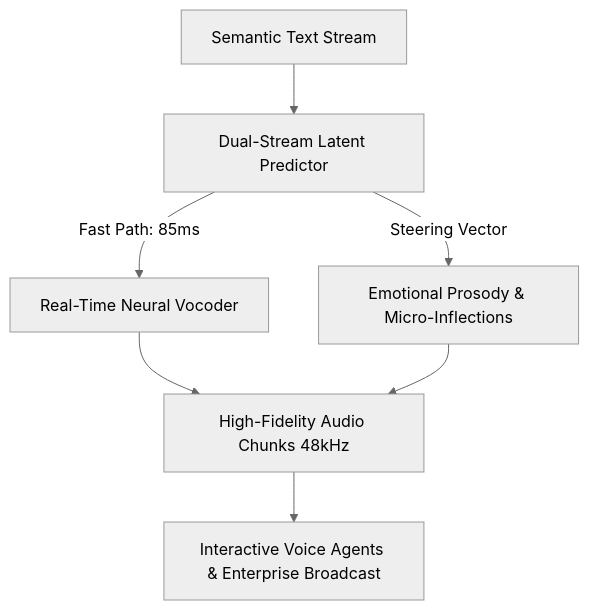
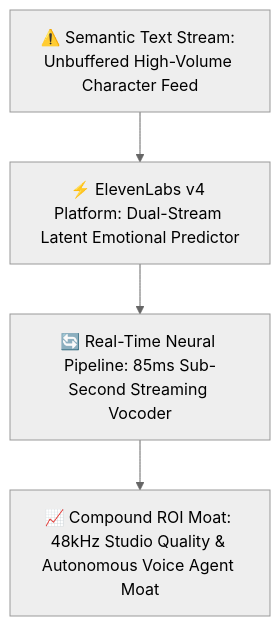
One commit to heliatech-media/saas-radar changed the diagram in site/src/content/blog/eleven-v4-voice-ai-benchmark.md. Above: the diagram before and after it, drawn with Mermaid (neutral theme). The commit also changed 9 other files, not shown here.

Commit message:
feat(architecture): enforce universal executive architecture card standard across 100% of site diagrams

````diff
--- a/site/src/content/blog/eleven-v4-voice-ai-benchmark.md
+++ b/site/src/content/blog/eleven-v4-voice-ai-benchmark.md
@@ -53,9 +53,6 @@
 ```mermaid
 flowchart TD
-    A[Semantic Text Stream] --> B[Dual-Stream Latent Predictor]
-    B -->|Fast Path: 85ms| C[Real-Time Neural Vocoder]
-    B -->|Steering Vector| D[Emotional Prosody & Micro-Inflections]
-    C --> E[High-Fidelity Audio Chunks 48kHz]
-    D --> E
-    E --> F[Interactive Voice Agents & Enterprise Broadcast]
+    Inp["⚠️ Semantic Text Stream: Unbuffered High-Volume Character Feed"] --> Eng["⚡ ElevenLabs v4 Platform: Dual-Stream Latent Emotional Predictor"]
+    Eng --> Pipe["🔄 Real-Time Neural Pipeline: 85ms Sub-Second Streaming Vocoder"]
+    Pipe --> Moat["📈 Compound ROI Moat: 48kHz Studio Quality & Autonomous Voice Agent Moat"]
 ```
````
